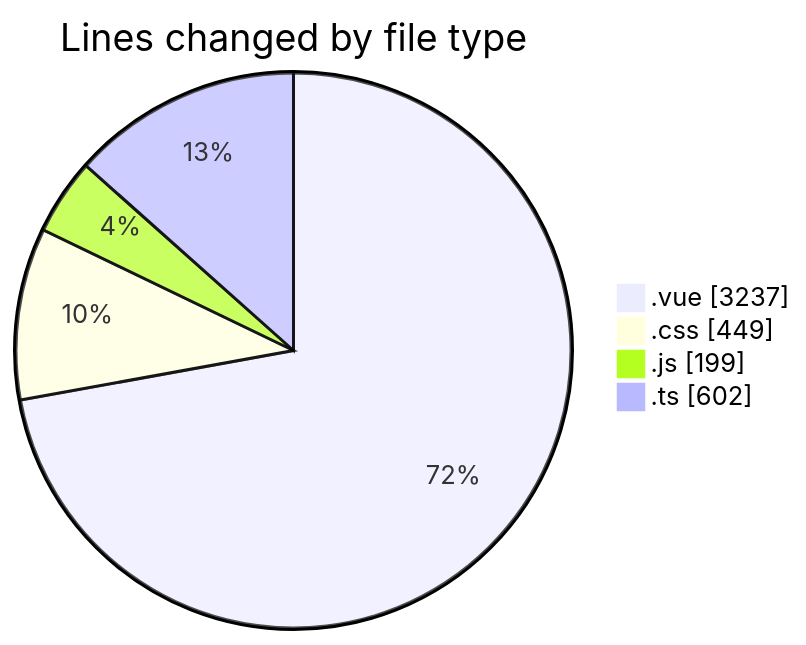
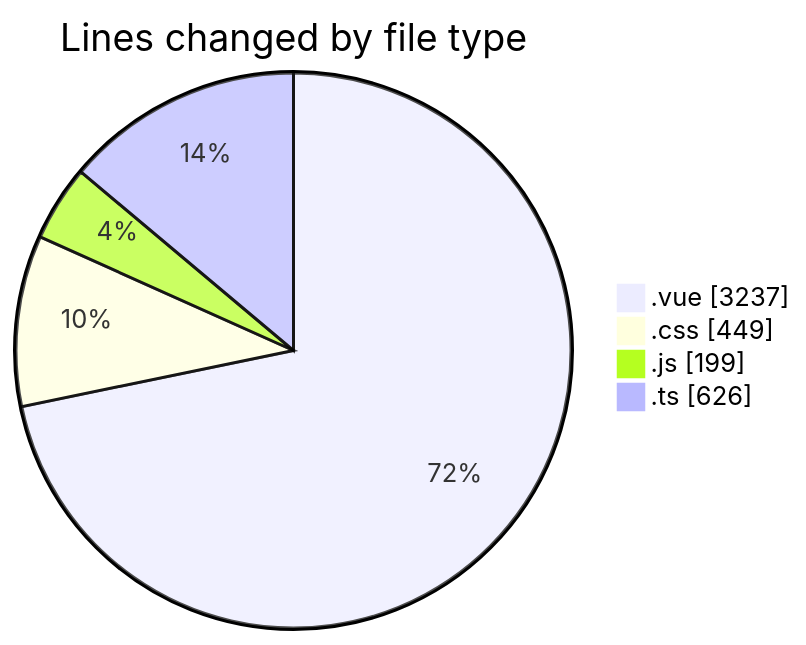
One commit to lephambinh05/code-tracking changed the first of 2 diagrams in 2025-08-10/rentotp/README.md. Above: the diagram before and after it, drawn with Mermaid. The commit also changed other lines of this file and 1 other file, not shown here.

````diff
--- a/2025-08-10/rentotp/README.md
+++ b/2025-08-10/rentotp/README.md
@@ -28,8 +29,8 @@
 ```mermaid
 pie showData
 title Lines changed by file type
 ".vue" : 3237
 ".css" : 449
 ".js" : 199
-".ts" : 602
+".ts" : 626
 ```
````
